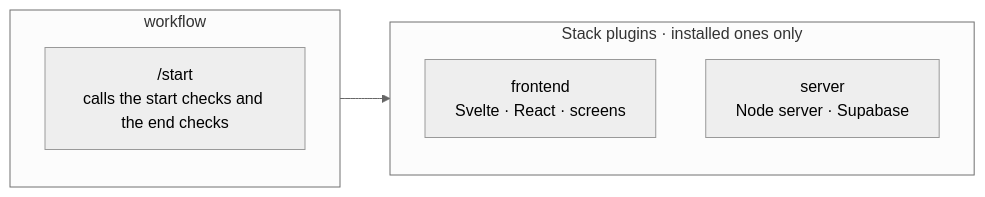
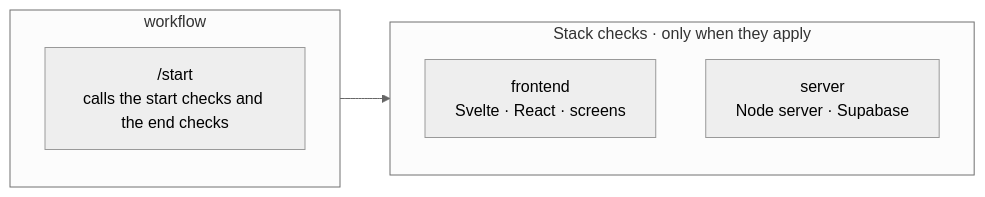
The second of 2 diagrams in README.en.md (JiHoon777/j-dev-kit), drawn with Mermaid (neutral theme) before and after one commit. The commit also changed other lines of this file and 334 other files, not shown here.

````diff
--- a/README.en.md
+++ b/README.en.md
@@ -30,11 +29,11 @@
 ```mermaid
 flowchart LR
   subgraph wf["workflow"]
     S["/start<br/>calls the start checks and the end checks"]
   end
-  subgraph stack["Stack plugins · installed ones only"]
+  subgraph stack["Stack checks · only when they apply"]
     F["frontend<br/>Svelte · React · screens"]
     V["server<br/>Node server · Supabase"]
   end
   wf --> stack
 ```
````
